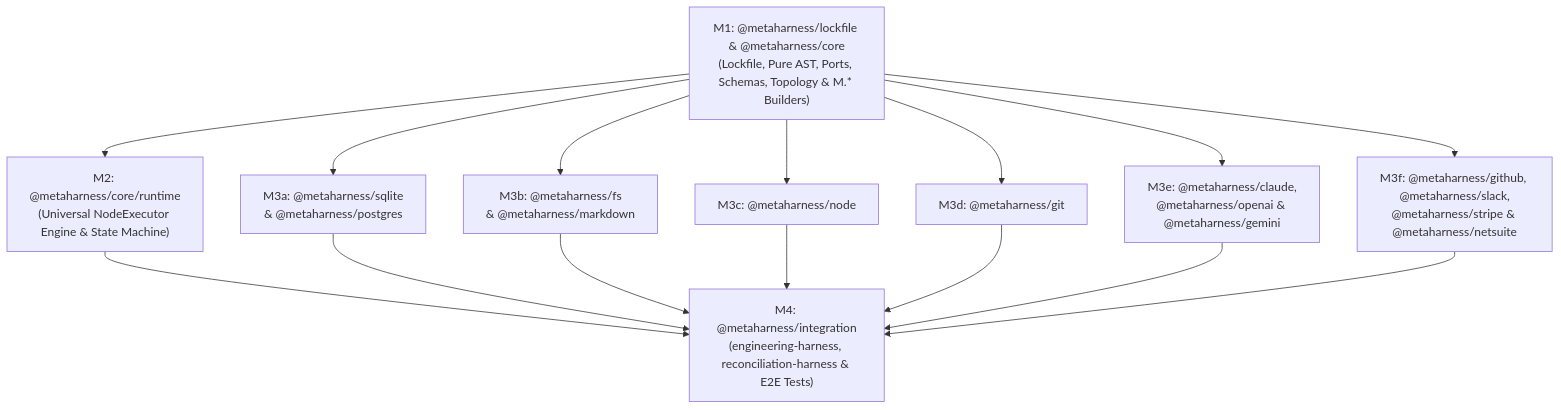
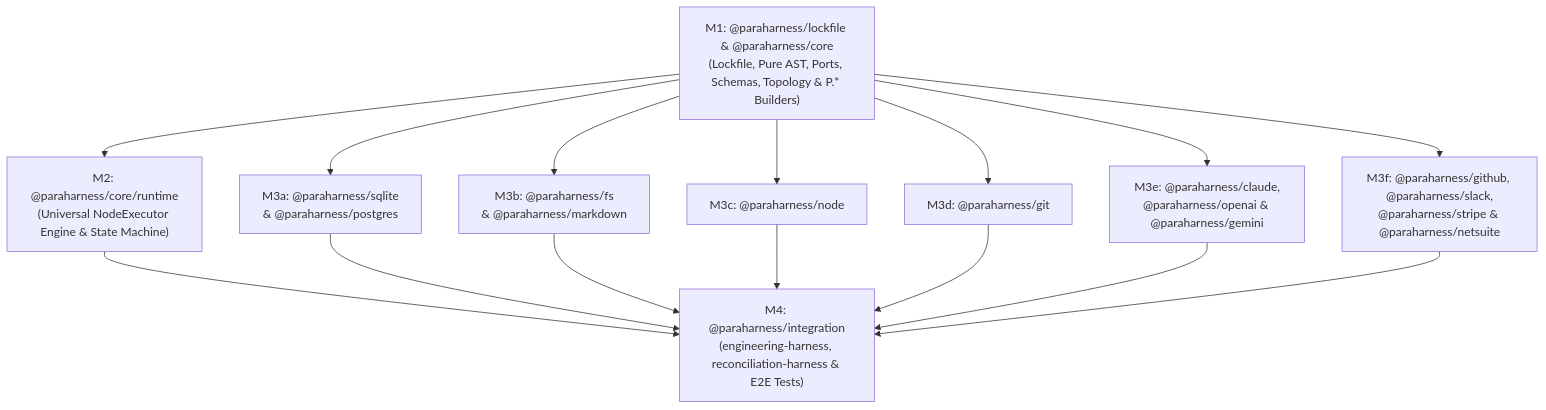
Before and after one commit to paraharness/paraharness: the diagram in docs/plan/INDEX.md, drawn with Mermaid. The commit also changed other lines of this file and 628 other files, not shown here.

````diff
--- a/docs/plan/INDEX.md
+++ b/docs/plan/INDEX.md
@@ -13,28 +13,28 @@
 ```mermaid
 flowchart TD
-    M1["M1: @metaharness/lockfile & @metaharness/core<br/>(Lockfile, Pure AST, Ports, Schemas, Topology & M.* Builders)"]
-    M2["M2: @metaharness/core/runtime<br/>(Universal NodeExecutor Engine & State Machine)"]
-    M3a["M3a: @metaharness/sqlite<br/>& @metaharness/postgres"]
-    M3b["M3b: @metaharness/fs<br/>& @metaharness/markdown"]
-    M3c["M3c: @metaharness/node"]
-    M3d["M3d: @metaharness/git"]
-    M3e["M3e: @metaharness/claude,<br/>@metaharness/openai & @metaharness/gemini"]
-    M3f["M3f: @metaharness/github, @metaharness/slack,<br/>@metaharness/stripe & @metaharness/netsuite"]
-    M4["M4: @metaharness/integration<br/>(engineering-harness, reconciliation-harness & E2E Tests)"]
+    M1["M1: @paraharness/lockfile & @paraharness/core<br/>(Lockfile, Pure AST, Ports, Schemas, Topology & P.* Builders)"]
+    M2["M2: @paraharness/core/runtime<br/>(Universal NodeExecutor Engine & State Machine)"]
+    M3a["M3a: @paraharness/sqlite<br/>& @paraharness/postgres"]
+    M3b["M3b: @paraharness/fs<br/>& @paraharness/markdown"]
+    M3c["M3c: @paraharness/node"]
+    M3d["M3d: @paraharness/git"]
+    M3e["M3e: @paraharness/claude,<br/>@paraharness/openai & @paraharness/gemini"]
+    M3f["M3f: @paraharness/github, @paraharness/slack,<br/>@paraharness/stripe & @paraharness/netsuite"]
+    M4["M4: @paraharness/integration<br/>(engineering-harness, reconciliation-harness & E2E Tests)"]
 
     M1 --> M2
     M1 --> M3a
     M1 --> M3b
     M1 --> M3c
     M1 --> M3d
     M1 --> M3e
     M1 --> M3f
 
     M2 --> M4
     M3a --> M4
     M3b --> M4
     M3c --> M4
     M3d --> M4
     M3e --> M4
     M3f --> M4
 ```
````
